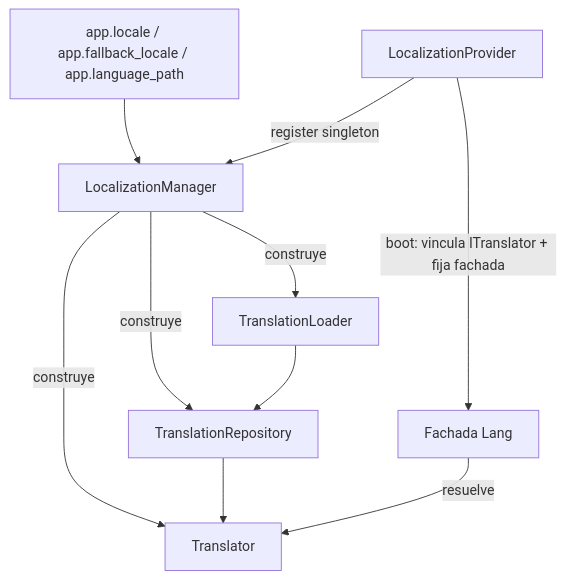
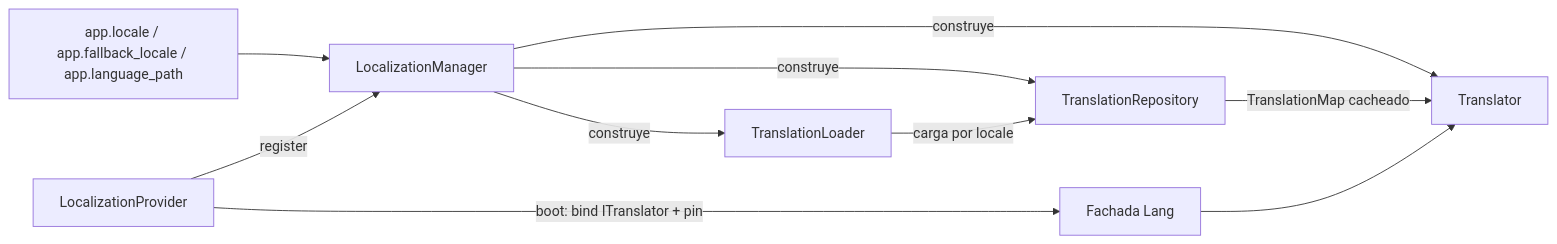
One commit to orionis-framework/framework changed the diagram in orionis/localization/docs/README.es.md. Above: the diagram before and after it, drawn with Mermaid. The commit also changed other lines of this file and 2 other files, not shown here.

````diff
--- a/orionis/localization/docs/README.es.md
+++ b/orionis/localization/docs/README.es.md
@@ -95,12 +56,12 @@
 ```mermaid
-graph TD
+graph LR
     A[app.locale / app.fallback_locale / app.language_path] --> B[LocalizationManager]
     B -->|construye| C[TranslationLoader]
     B -->|construye| D[TranslationRepository]
     B -->|construye| E[Translator]
-    C --> D
-    D --> E
-    F[LocalizationProvider] -->|register singleton| B
-    F -->|boot: vincula ITranslator + fija fachada| G[Fachada Lang]
-    G -->|resuelve| E
+    C -->|carga por locale| D
+    D -->|TranslationMap cacheado| E
+    F[LocalizationProvider] -->|register| B
+    F -->|boot: bind ITranslator + pin| G[Fachada Lang]
+    G --> E
 ```
````
